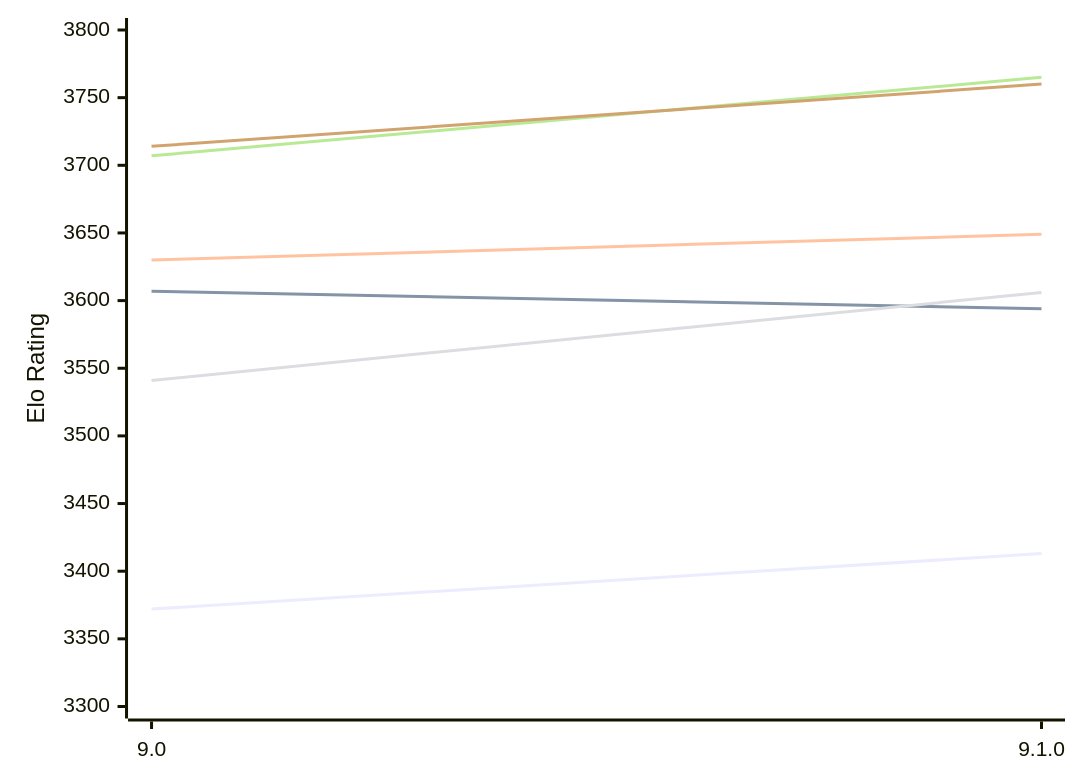
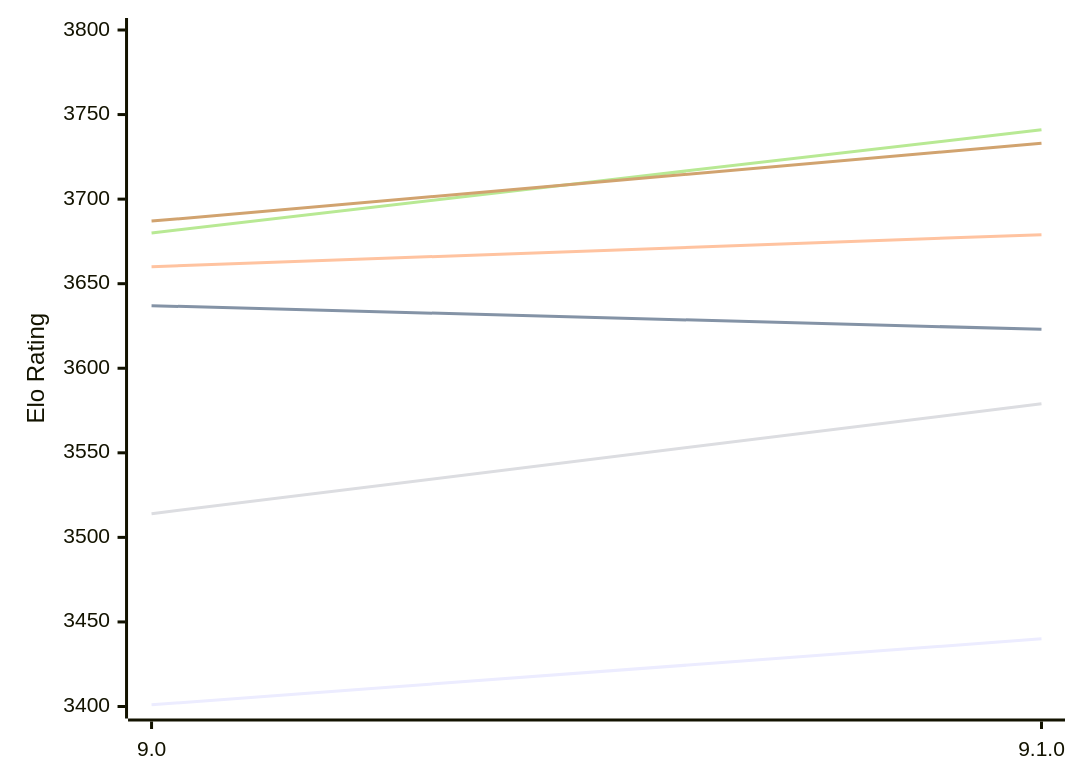
Before and after one commit to computer-chess-index/cci: the first of 2 diagrams in engines/Alexandria.md, drawn with Mermaid. The commit also changed other lines of this file, not shown here.

Commit message:
Update CCI Ratings (ELO VLTC) - 2026-10-19

````diff
--- a/engines/Alexandria.md
+++ b/engines/Alexandria.md
@@ -54,12 +54,12 @@
 ```mermaid
 %%{init: {"theme":"base","themeVariables":{"seriesColors:['#a3a3a3','#222221','#faa371']}}}%%
 xychart-beta
   x-axis ["9.0", "9.1.0"]
-  y-axis "Elo Rating" 3300 --> 3800
-  line "E1: STC (8.0+0.08s)" [3372, 3413]
-  line "E1: LTC (60.0+0.60s)" [3607, 3594]
-  line "E1: VLTC (2m24s+1.12s)" [3630, 3649]
-  line "P1: STC (8.0+0.08s)" [3541, 3606]
-  line "P1: LTC (60.0+0.60s)" [3707, 3765]
-  line "P1: VLTC (2m24s+1.12s)" [3714, 3760]
+  y-axis "Elo Rating" 3400 --> 3800
+  line "E1: STC (8.0+0.08s)" [3401, 3440]
+  line "E1: LTC (60.0+0.60s)" [3637, 3623]
+  line "E1: VLTC (2m24s+1.12s)" [3660, 3679]
+  line "P1: STC (8.0+0.08s)" [3514, 3579]
+  line "P1: LTC (60.0+0.60s)" [3680, 3741]
+  line "P1: VLTC (2m24s+1.12s)" [3687, 3733]
 ```
````
